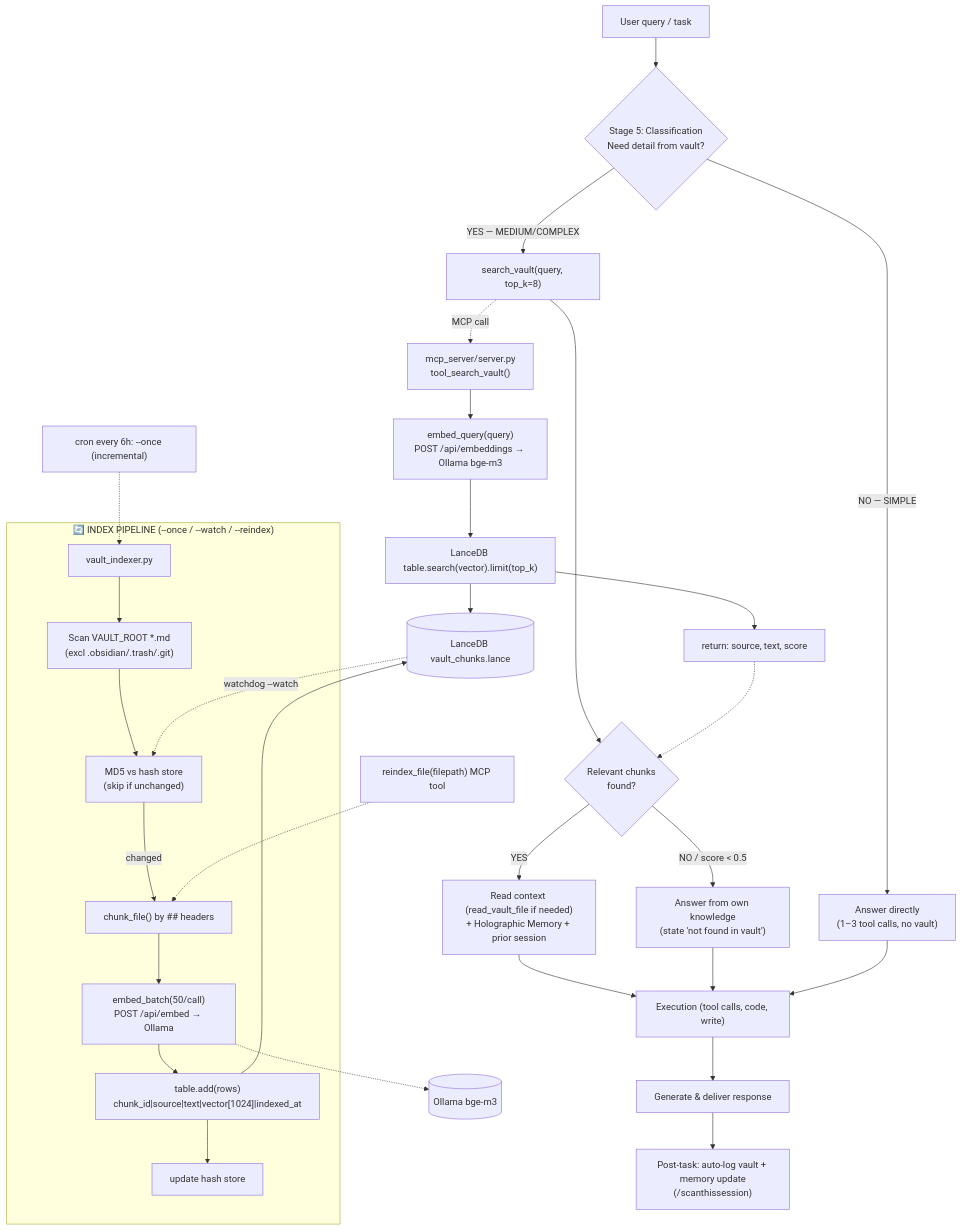
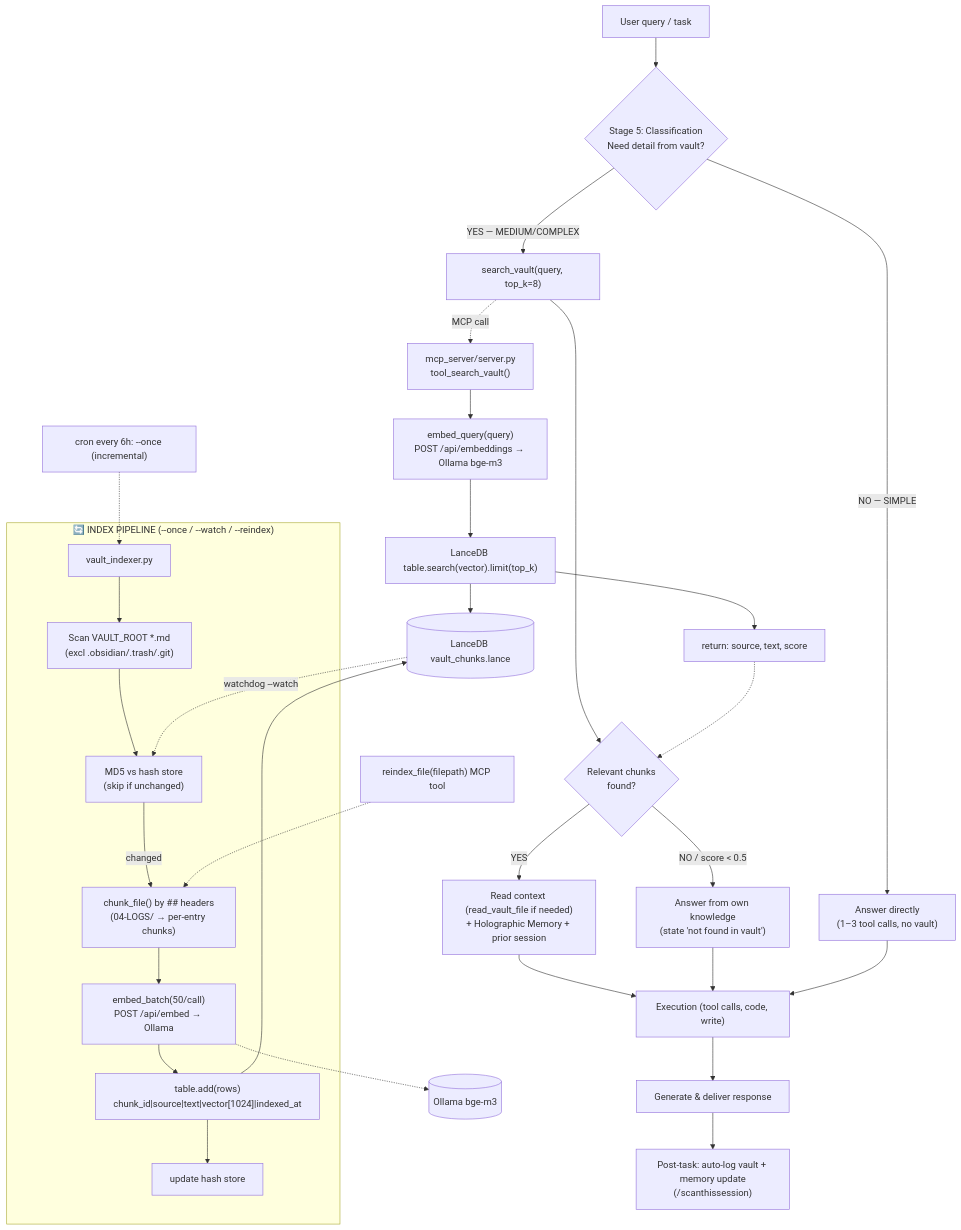
The second of 2 diagrams in README.md (brodewa369/roowet-semantic-vault-search), drawn with Mermaid before and after one commit. The commit also changed other lines of this file, not shown here.

First line of the commit message:
docs: sync README architecture with current system

````diff
--- a/README.md
+++ b/README.md
@@ -144,41 +146,41 @@
 ```mermaid
 flowchart TD
     %% ===== STAGE 5 CLASSIFICATION (agent detects need first) =====
     S1["User query / task"] --> S5{"Stage 5: Classification<br/>Need detail from vault?"}
     S5 -->|NO — SIMPLE| S5a["Answer directly<br/>(1–3 tool calls, no vault)"]
     S5 -->|YES — MEDIUM/COMPLEX| S5b["search_vault(query, top_k=8)"]
 
     S5b --> S5c{"Relevant chunks<br/>found?"}
     S5c -->|YES| S5d["Read context (read_vault_file if needed)<br/>+ Holographic Memory + prior session"]
     S5c -->|NO / score < 0.5| S5e["Answer from own knowledge<br/>(state 'not found in vault')"]
     S5d --> S6["Execution (tool calls, code, write)"]
     S5e --> S6
     S5a --> S6
     S6 --> S7["Generate & deliver response"]
     S7 --> S8["Post-task: auto-log vault + memory update<br/>(/scanthissession)"]
 
     %% ===== QUERY MECHANISM =====
     S5b -.->|MCP call| Q1["mcp_server/server.py<br/>tool_search_vault()"]
     Q1 --> Q2["embed_query(query)<br/>POST /api/embeddings → Ollama bge-m3"]
     Q2 --> Q3["LanceDB table.search(vector).limit(top_k)"]
     Q3 --> Q4["return: source, text, score"]
     Q4 -.-> S5c
 
     %% ===== INDEX PIPELINE =====
     subgraph IDX["🔄 INDEX PIPELINE (--once / --watch / --reindex)"]
         I1["vault_indexer.py"] --> I2["Scan VAULT_ROOT *.md<br/>(excl .obsidian/.trash/.git)"]
         I2 --> I3["MD5 vs hash store<br/>(skip if unchanged)"]
-        I3 -->|changed| I4["chunk_file() by ## headers"]
+        I3 -->|changed| I4["chunk_file() by ## headers<br/>(04-LOGS/ → per-entry chunks)"]
         I4 --> I5["embed_batch(50/call)<br/>POST /api/embed → Ollama"]
         I5 --> I6["table.add(rows)<br/>chunk_id|source|text|vector[1024]|indexed_at"]
         I6 --> I7["update hash store"]
     end
     I5 -.-> OLLAMA[(Ollama bge-m3)]
     I6 --> LANCE[(LanceDB vault_chunks.lance)]
     Q3 --> LANCE
     LANCE -.->|watchdog --watch| I3
 
     %% ===== MAINTENANCE =====
     M1["cron every 6h: --once (incremental)"] -.-> I1
     M2["reindex_file(filepath) MCP tool"] -.-> I4
 ```
````
